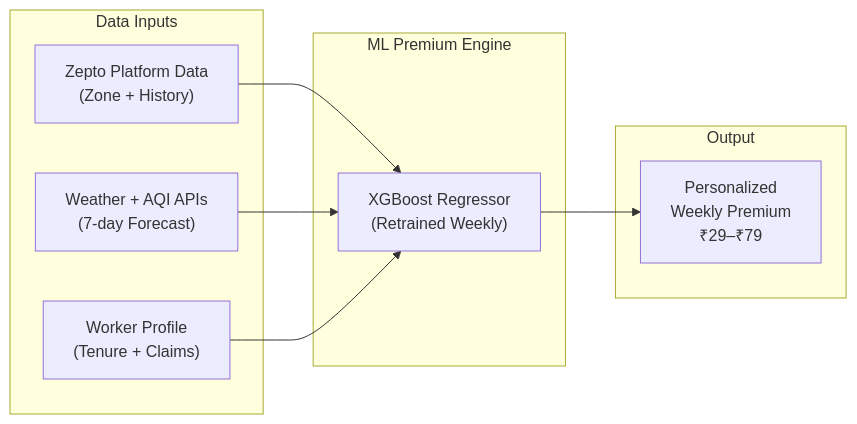
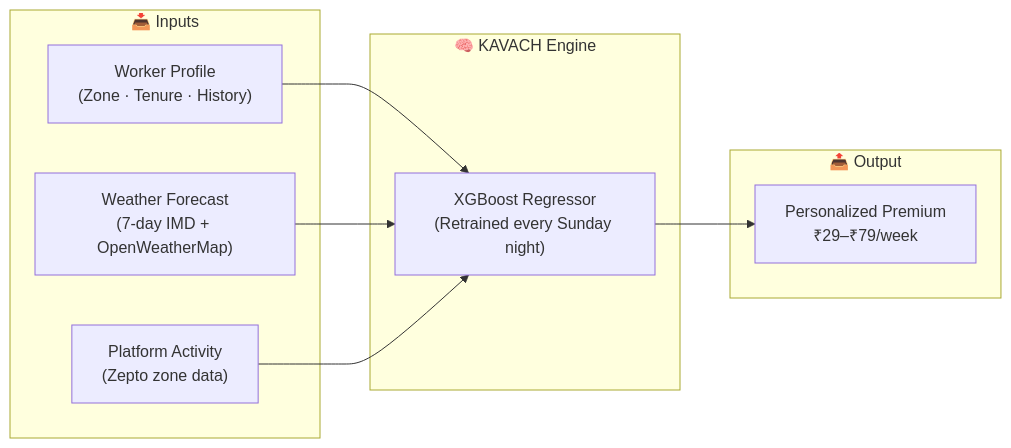
One commit to rox-dev6/gw changed the third of 8 diagrams in README.md. Above: the diagram before and after it, drawn with Mermaid. The commit also changed other lines of this file, not shown here.

````diff
--- a/README.md
+++ b/README.md
@@ -181,21 +266,21 @@
 ```mermaid
 flowchart LR
-    subgraph "Data Inputs"
-        A["Zepto Platform Data\n(Zone + History)"]
-        B["Weather + AQI APIs\n(7-day Forecast)"]
-        C["Worker Profile\n(Tenure + Claims)"]
+    subgraph "📥 Inputs"
+        A["Worker Profile\n(Zone · Tenure · History)"]
+        B["Weather Forecast\n(7-day IMD + OpenWeatherMap)"]
+        C["Platform Activity\n(Zepto zone data)"]
     end
 
-    subgraph "ML Premium Engine"
-        D["XGBoost Regressor\n(Retrained Weekly)"]
+    subgraph "🧠 KAVACH Engine"
+        D["XGBoost Regressor\n(Retrained every Sunday night)"]
     end
 
-    subgraph "Output"
-        E["Personalized\nWeekly Premium\n₹29–₹79"]
+    subgraph "📤 Output"
+        E["Personalized Premium\n₹29–₹79/week"]
     end
 
     A --> D
     B --> D
     C --> D
     D --> E
 ```
````
